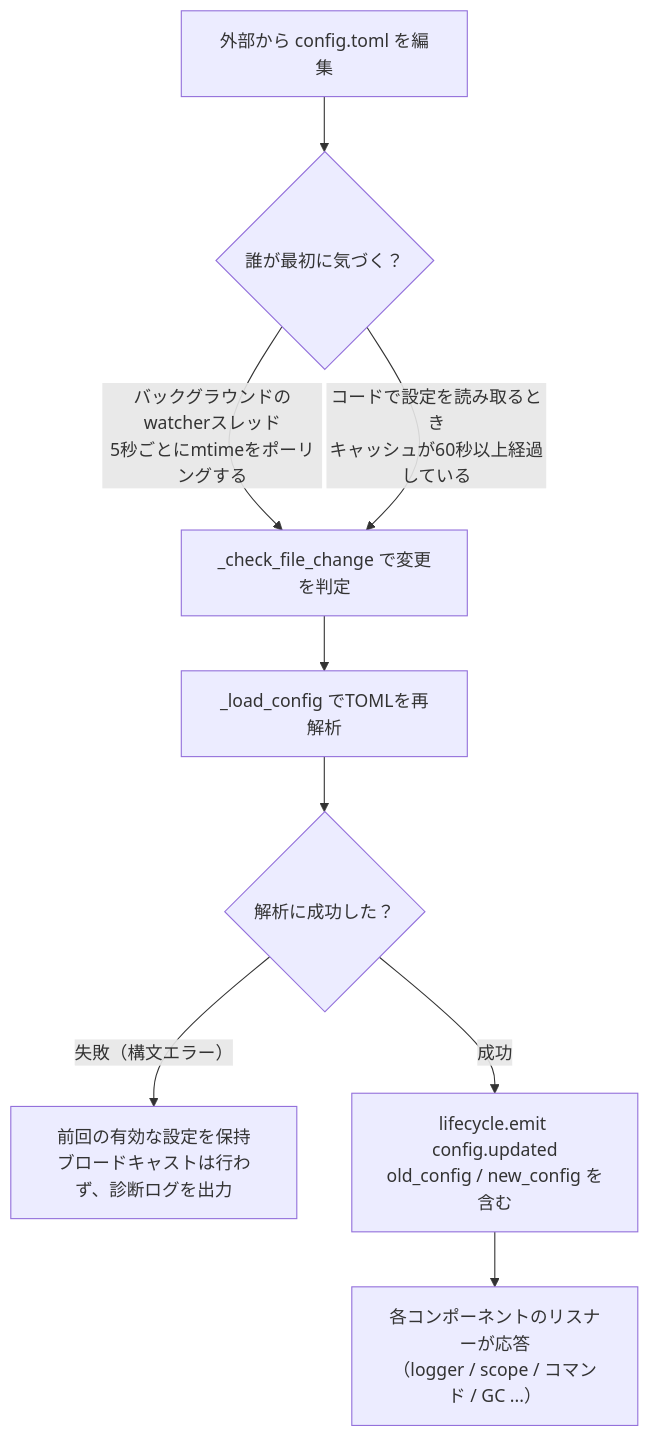
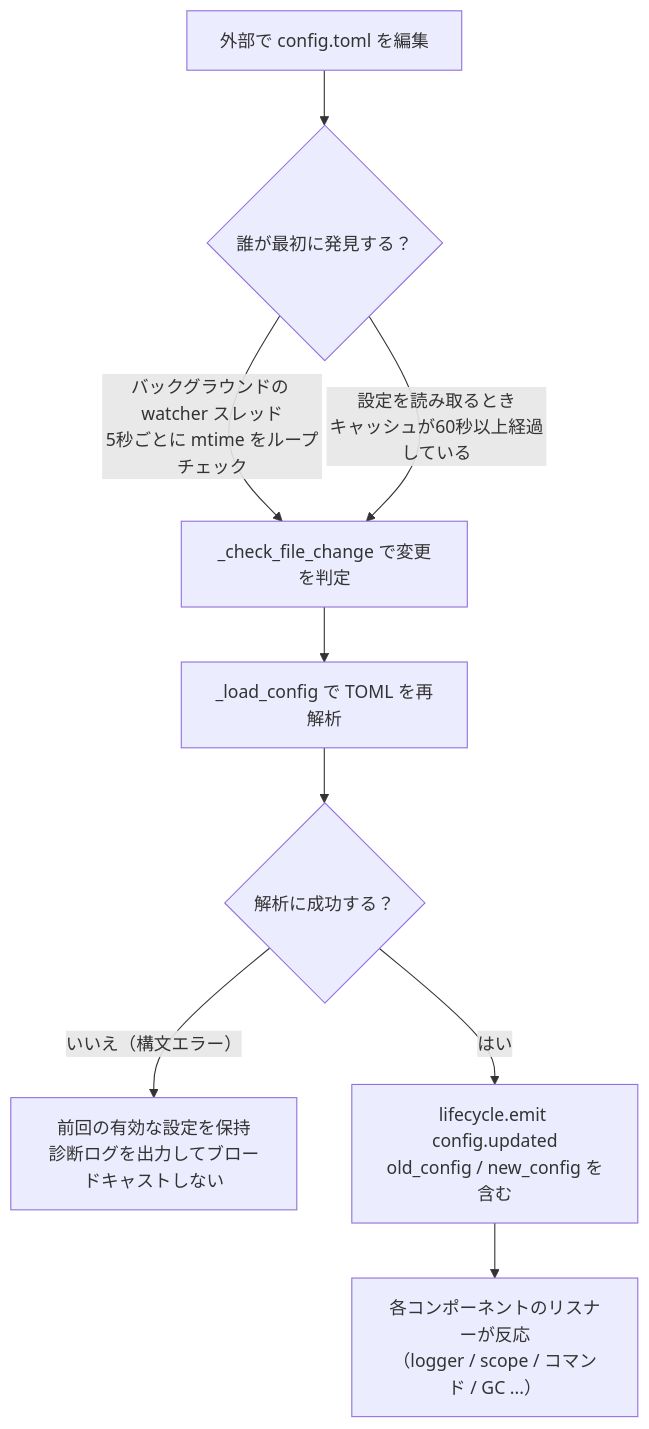
The diagram in docs/ja/user-guide/configuration.md (ErisPulse/ErisPulse), drawn with Mermaid before and after one commit. The commit also changed other lines of this file and 115 other files, not shown here.

````diff
--- a/docs/ja/user-guide/configuration.md
+++ b/docs/ja/user-guide/configuration.md
@@ -143,11 +144,11 @@
 ```mermaid
 flowchart TD
-    A["外部から config.toml を編集"] --> B{"誰が最初に気づく？"}
-    B -->|"バックグラウンドのwatcherスレッド<br/>5秒ごとにmtimeをポーリングする"| C["_check_file_change で変更を判定"]
-    B -->|"コードで設定を読み取るとき<br/>キャッシュが60秒以上経過している"| C
-    C --> D["_load_config でTOMLを再解析"]
-    D --> E{"解析に成功した？"}
-    E -->|"失敗（構文エラー）"| F["前回の有効な設定を保持<br/>ブロードキャストは行わず、診断ログを出力"]
-    E -->|"成功"| G["lifecycle.emit config.updated<br/>old_config / new_config を含む"]
-    G --> H["各コンポーネントのリスナーが応答<br/>（logger / scope / コマンド / GC ...）"]
+    A["外部で config.toml を編集"] --> B{"誰が最初に発見する？"}
+    B -->|"バックグラウンドの watcher スレッド<br/>5秒ごとに mtime をループチェック"| C["_check_file_change で変更を判定"]
+    B -->|"設定を読み取るとき<br/>キャッシュが60秒以上経過している"| C
+    C --> D["_load_config で TOML を再解析"]
+    D --> E{"解析に成功する？"}
+    E -->|"いいえ（構文エラー）"| F["前回の有効な設定を保持<br/>診断ログを出力してブロードキャストしない"]
+    E -->|"はい"| G["lifecycle.emit config.updated<br/>old_config / new_config を含む"]
+    G --> H["各コンポーネントのリスナーが反応<br/>（logger / scope / コマンド / GC ...）"]
 ```
````
